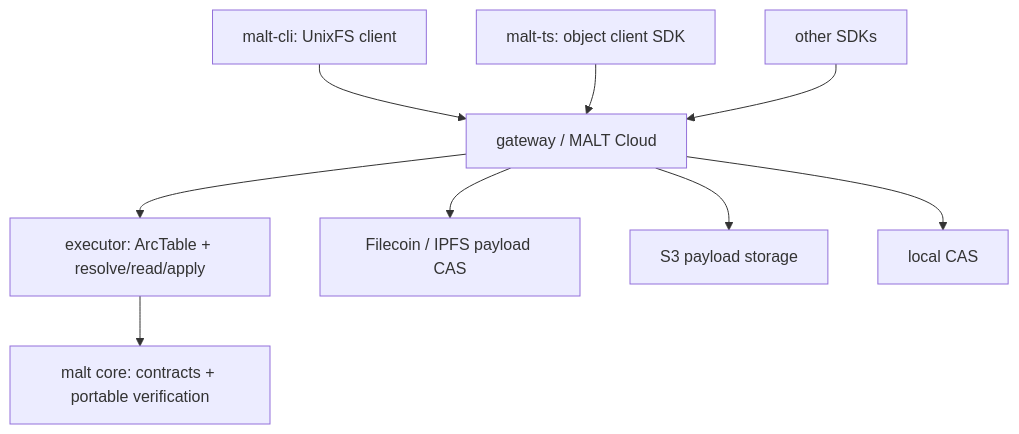
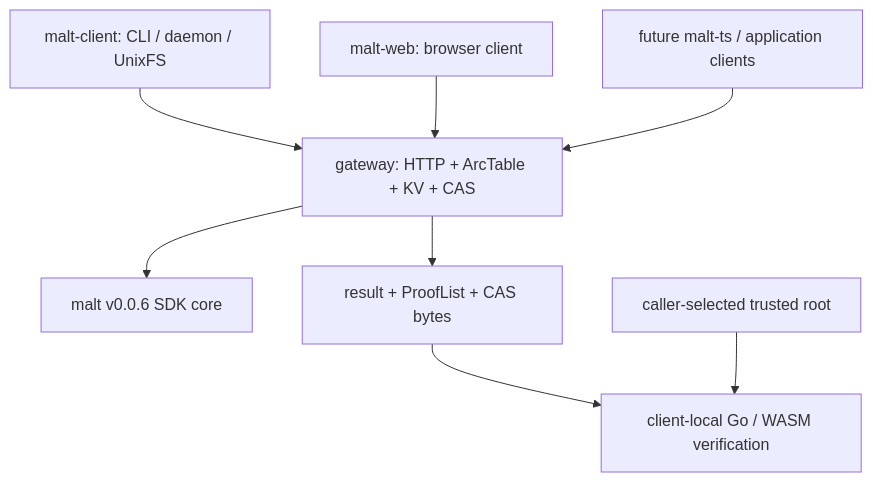
One commit to DeWebProtocol/.github changed the diagram in profile/README.md. Above: the diagram before and after it, drawn with Mermaid. The commit also changed other lines of this file and 2 other files, not shown here.

````diff
--- a/profile/README.md
+++ b/profile/README.md
@@ -147,11 +35,10 @@
 ```mermaid
 flowchart TB
-  cli["malt-cli: UnixFS client"] --> gateway["gateway / MALT Cloud"]
-  ts["malt-ts: object client SDK"] --> gateway
-  other["other SDKs"] --> gateway
-  gateway --> executor["executor: ArcTable + resolve/read/apply"]
-  executor --> core["malt core: contracts + portable verification"]
-  gateway --> filecoin["Filecoin / IPFS payload CAS"]
-  gateway --> s3["S3 payload storage"]
-  gateway --> local["local CAS"]
+  native["malt-client: CLI / daemon / UnixFS"] --> gateway["gateway: HTTP + ArcTable + KV + CAS"]
+  web["malt-web: browser client"] --> gateway
+  future["future malt-ts / application clients"] --> gateway
+  gateway --> core["malt v0.0.6 SDK core"]
+  gateway --> result["result + ProofList + CAS bytes"]
+  result --> local["client-local Go / WASM verification"]
+  trusted["caller-selected trusted root"] --> local
 ```
````
